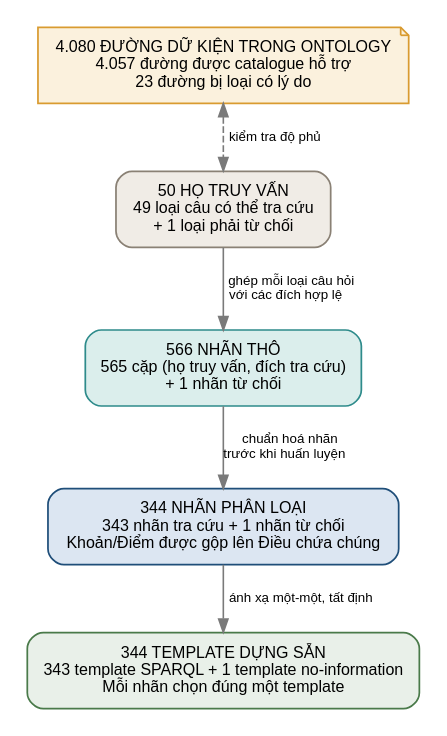
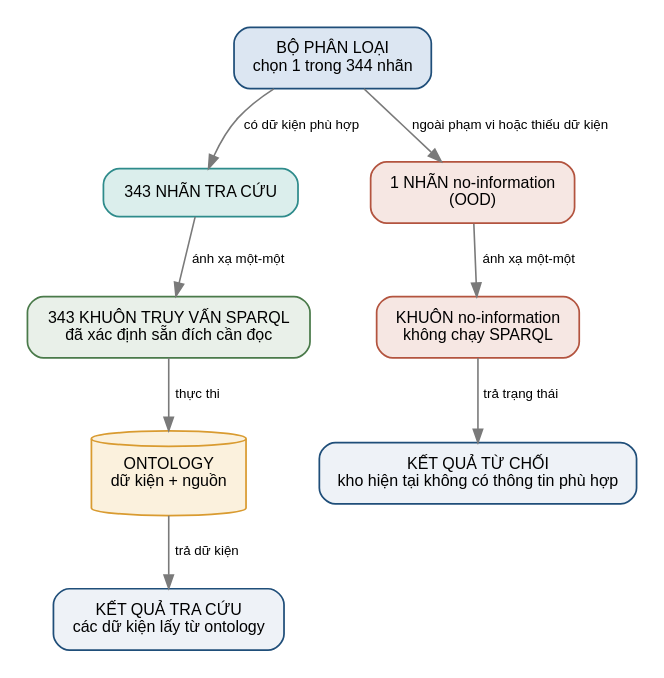
One commit to vpthinh19/ontology-chatbot changed the diagram in artifacts/figures/query-space.dot. Above: the diagram before and after it, drawn with Graphviz. The commit also changed 15 other files, not shown here.

Commit message:
docs: simplify explanations and diagram terminology

```diff
--- a/artifacts/figures/query-space.dot
+++ b/artifacts/figures/query-space.dot
@@ -1,24 +1,39 @@
 digraph khong_gian_nhan {
   pad=0.18;
-  rankdir=TB; bgcolor="white"; nodesep=0.45; ranksep=0.55;
+  rankdir=TB; bgcolor="white"; nodesep=0.70; ranksep=0.60;
   node [shape=box, style="rounded,filled", fontname="Liberation Sans", fontsize=12,
-        penwidth=1.3, margin="0.18,0.12"];
+        penwidth=1.3, margin="0.20,0.14"];
   edge [fontname="Liberation Sans", fontsize=10, color="#7a7a7a", penwidth=1.2];
 
-  family [label="50 HỌ TRUY VẤN\n49 loại câu có thể tra cứu\n+ 1 loại phải từ chối",
-          fillcolor="#f0ece6", color="#8a8175"];
-  raw [label="566 NHÃN THÔ\n565 cặp (họ truy vấn, đích tra cứu)\n+ 1 nhãn từ chối",
-       fillcolor="#dbeeec", color="#2e8b8b"];
-  model [label="344 NHÃN PHÂN LOẠI\n343 nhãn tra cứu + 1 nhãn từ chối\nKhoản/Điểm được gộp lên Điều chứa chúng",
+  model [label="BỘ PHÂN LOẠI\nchọn 1 trong 344 nhãn",
          fillcolor="#dce6f2", color="#1f4e79"];
-  query [label="344 TEMPLATE DỰNG SẴN\n343 template SPARQL + 1 template no-information\nMỗi nhãn chọn đúng một template",
-         fillcolor="#e9f0e9", color="#4a7a4a"];
 
-  inventory [label="4.080 ĐƯỜNG DỮ KIỆN TRONG ONTOLOGY\n4.057 đường được catalogue hỗ trợ\n23 đường bị loại có lý do",
-             shape=note, fillcolor="#fbf1dd", color="#d99b30"];
+  lookup [label="343 NHÃN TRA CỨU",
+          fillcolor="#dbeeec", color="#2e8b8b"];
+  templates [label="343 KHUÔN TRUY VẤN SPARQL\nđã xác định sẵn đích cần đọc",
+             fillcolor="#e9f0e9", color="#4a7a4a"];
+  ontology [label="ONTOLOGY\ndữ kiện + nguồn",
+            shape=cylinder, style=filled, fillcolor="#fbf1dd", color="#d99b30"];
+  data [label="KẾT QUẢ TRA CỨU\ncác dữ kiện lấy từ ontology",
+        fillcolor="#eef2f7", color="#1f4e79"];
 
-  family -> raw [label="  ghép mỗi loại câu hỏi\nvới các đích hợp lệ  "];
-  raw -> model [label="  chuẩn hoá nhãn\ntrước khi huấn luyện  "];
-  model -> query [label="  ánh xạ một-một, tất định  "];
-  inventory -> family [label="  kiểm tra độ phủ  ", style=dashed, dir=both];
+  ood [label="1 NHÃN no-information\n(OOD)",
+       fillcolor="#f6e7e3", color="#b3543f"];
+  noinfo [label="KHUÔN no-information\nkhông chạy SPARQL",
+          fillcolor="#f6e7e3", color="#b3543f"];
+  reject [label="KẾT QUẢ TỪ CHỐI\nkho hiện tại không có thông tin phù hợp",
+          fillcolor="#eef2f7", color="#1f4e79"];
+
+  { rank=same; lookup; ood; }
+  { rank=same; templates; noinfo; }
+  { rank=same; ontology; reject; }
+
+  model -> lookup [label="  có dữ kiện phù hợp  "];
+  lookup -> templates [label="  ánh xạ một-một  "];
+  templates -> ontology [label="  thực thi  "];
+  ontology -> data [label="  trả dữ kiện  "];
+
+  model -> ood [label="  ngoài phạm vi hoặc thiếu dữ kiện  "];
+  ood -> noinfo [label="  ánh xạ một-một  "];
+  noinfo -> reject [label="  trả trạng thái  "];
 }
```
